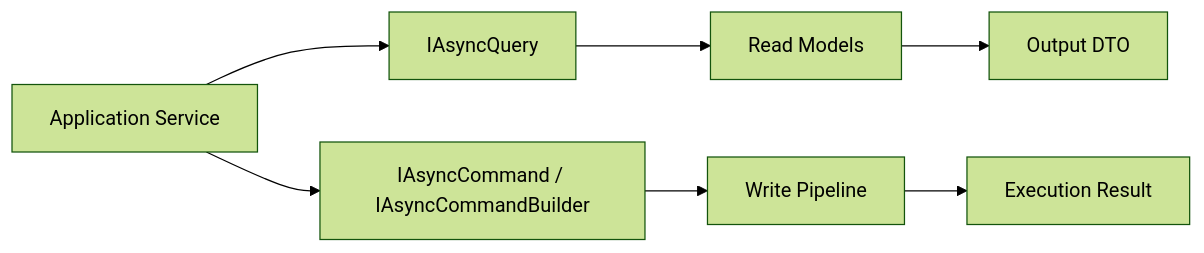
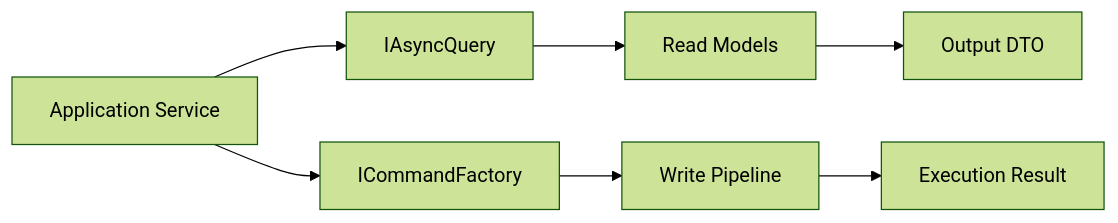
One commit to SolidArcSoftware/DataArc.EntityFrameworkCore changed the tenth of 12 diagrams in README.md. Above: the diagram before and after it, drawn with Mermaid (forest theme). The commit also changed other lines of this file and 4 other files, not shown here.

````diff
--- a/README.md
+++ b/README.md
@@ -530,11 +550,11 @@
 ```mermaid
 flowchart LR
     A[Application Service] --> Q[IAsyncQuery]
-    A --> C[IAsyncCommand / IAsyncCommandBuilder]
+    A --> C[ICommandFactory]
 
     Q --> R[Read Models]
     C --> W[Write Pipeline]
 
     R --> O[Output DTO]
     W --> X[Execution Result]
 ```
````
